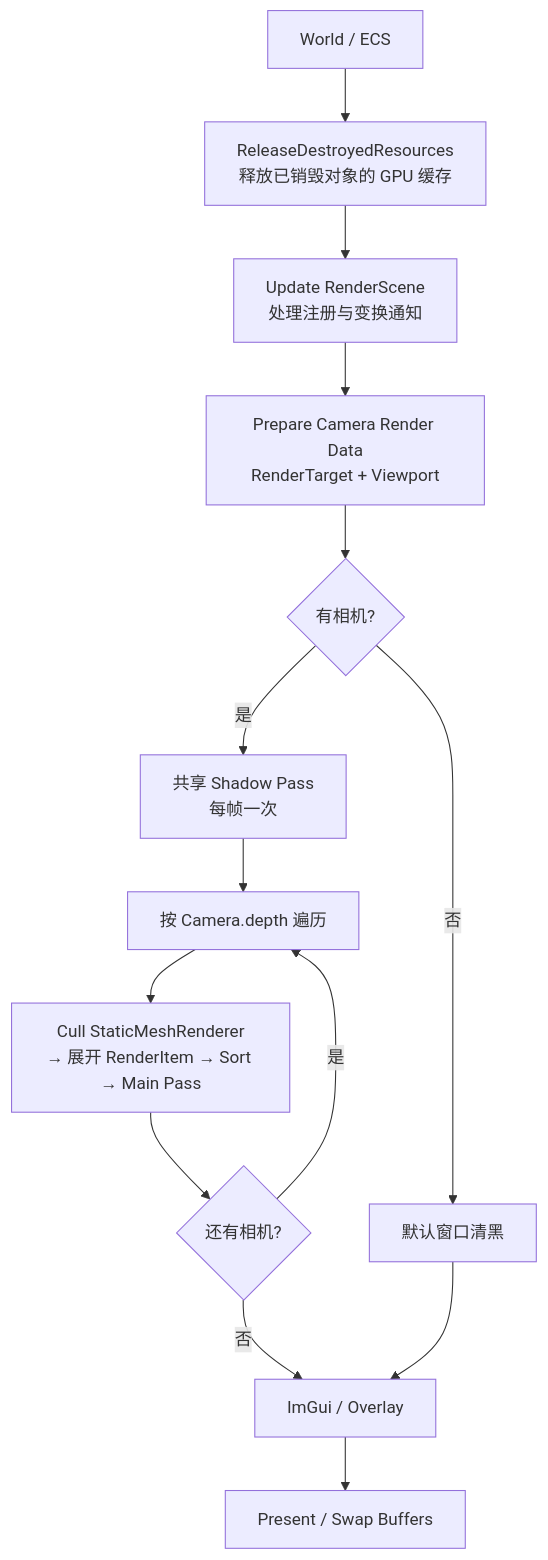
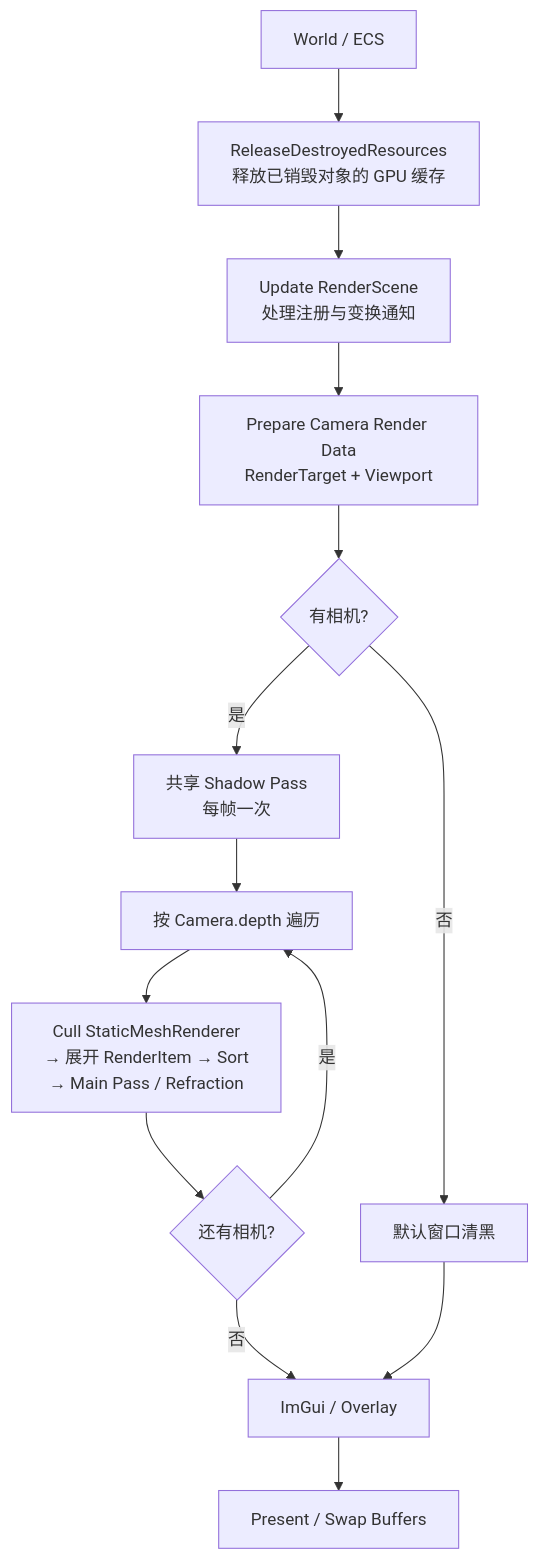
The first of 3 diagrams in Docs/RenderingPipeline.md (REW-Z/orbeden), drawn with Mermaid before and after one commit. The commit also changed other lines of this file and 20 other files, not shown here.

Commit message:
dev:camera depth/color texture and refraction pass.

````diff
--- a/Docs/RenderingPipeline.md
+++ b/Docs/RenderingPipeline.md
@@ -20,16 +20,16 @@
 ```mermaid
 flowchart TD
     A["World / ECS"] --> B["ReleaseDestroyedResources\n释放已销毁对象的 GPU 缓存"]
     B --> C["Update RenderScene\n处理注册与变换通知"]
     C --> D["Prepare Camera Render Data\nRenderTarget + Viewport"]
     D --> E{"有相机?"}
     E -- 否 --> F["默认窗口清黑"]
     E -- 是 --> G["共享 Shadow Pass\n每帧一次"]
     G --> H["按 Camera.depth 遍历"]
-    H --> I["Cull StaticMeshRenderer\n→ 展开 RenderItem → Sort → Main Pass"]
+    H --> I["Cull StaticMeshRenderer\n→ 展开 RenderItem → Sort\n→ Main Pass / Refraction"]
     I --> J{"还有相机?"}
     J -- 是 --> H
     J -- 否 --> K["ImGui / Overlay"]
     F --> K
     K --> L["Present / Swap Buffers"]
 ```
````
